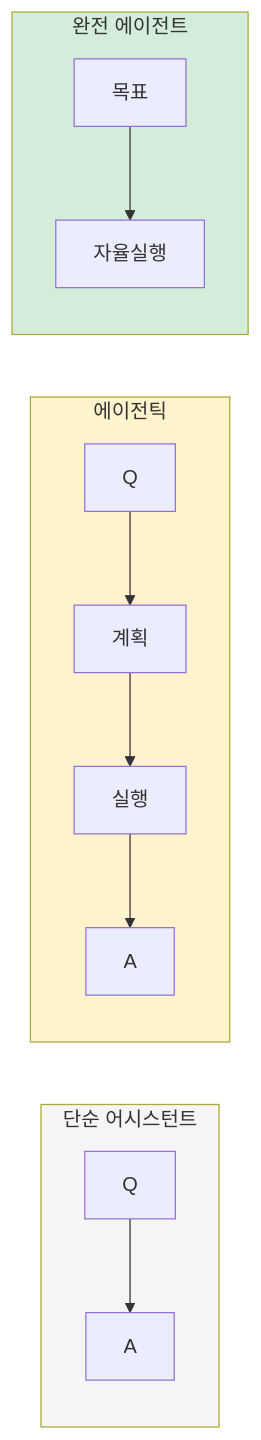
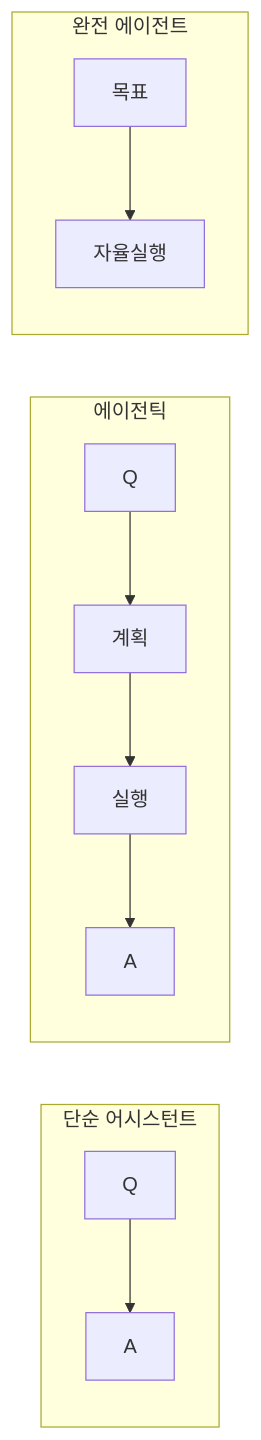
One commit to Kanghyeop/pages-book-agent101 changed the first of 2 diagrams in 02-literacy/25-agentic.md. Above: the diagram before and after it, drawn with Mermaid. The commit also changed 3 other files, not shown here.

First line of the commit message:
Mermaid 호환성 수정 동기화

````diff
--- a/02-literacy/25-agentic.md
+++ b/02-literacy/25-agentic.md
@@ -28,20 +28,16 @@
 ```mermaid
 flowchart LR
     subgraph Simple[단순 어시스턴트]
         A1[Q] --> A2[A]
     end
 
     subgraph Agentic[에이전틱]
         B1[Q] --> B2[계획]
         B2 --> B3[실행]
         B3 --> B4[A]
     end
 
     subgraph FullAgent[완전 에이전트]
         C1[목표] --> C2[자율실행]
     end
-
-    style Simple fill:#F5F5F5
-    style Agentic fill:#FFF3CD
-    style FullAgent fill:#D4EDDA
 ```
````
